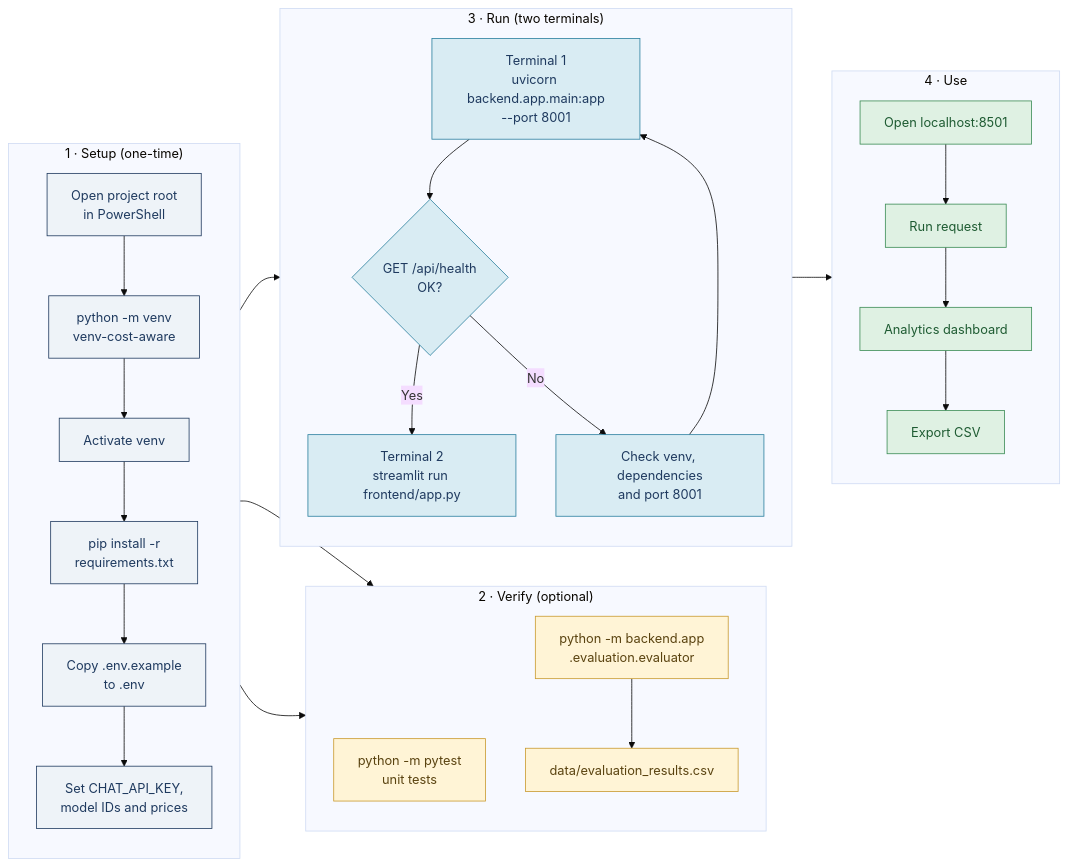
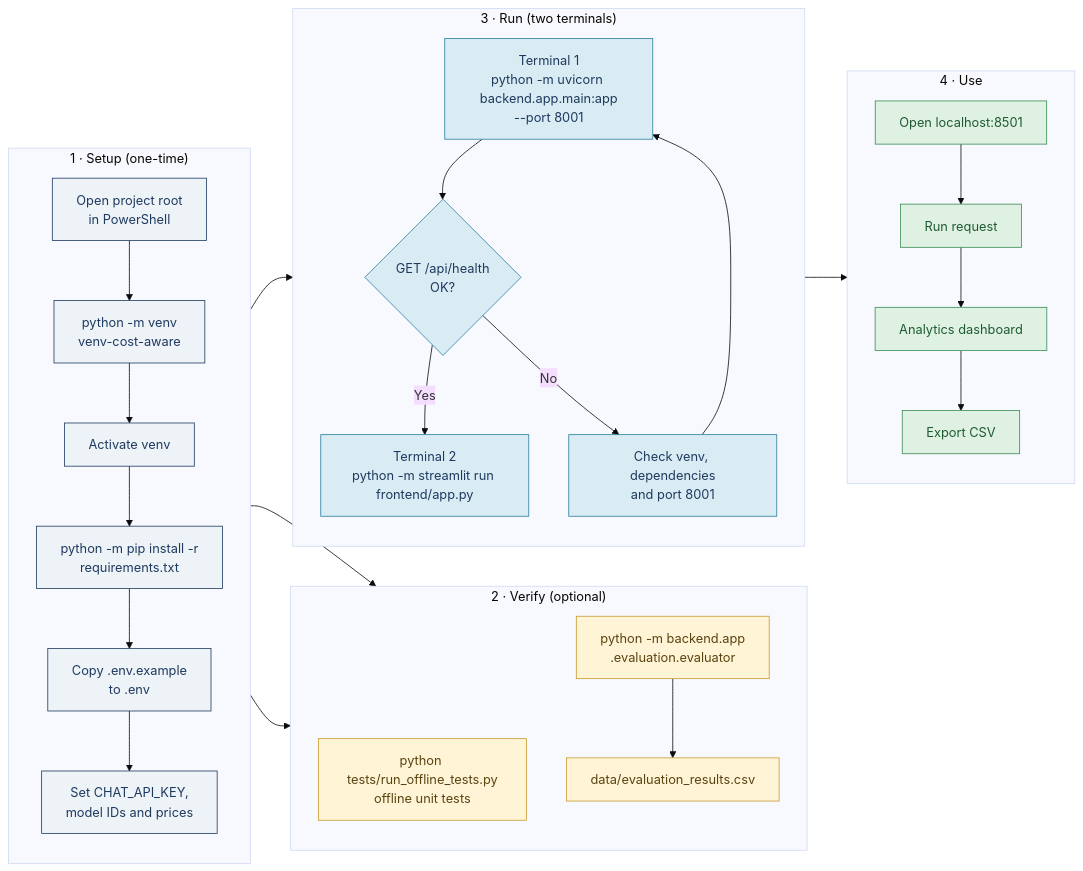
Before and after one commit to Neeleshsingh30/cost-aware-model-router: the fifth of 5 diagrams in README.md, drawn with Mermaid (base theme). The commit also changed other lines of this file, not shown here.

````diff
--- a/README.md
+++ b/README.md
@@ -297,47 +304,47 @@
 ```mermaid
 flowchart LR
     subgraph S1["1 · Setup (one-time)"]
         direction TB
         A["Open project root<br/>in PowerShell"] --> B["python -m venv<br/>venv-cost-aware"]
         B --> C["Activate venv"]
-        C --> D["pip install -r<br/>requirements.txt"]
+        C --> D["python -m pip install -r<br/>requirements.txt"]
         D --> E["Copy .env.example<br/>to .env"]
         E --> F["Set CHAT_API_KEY,<br/>model IDs and prices"]
     end
 
     subgraph S2["2 · Verify (optional)"]
         direction TB
-        G["python -m pytest<br/>unit tests"]
+        G["python tests/run_offline_tests.py<br/>offline unit tests"]
         H["python -m backend.app<br/>.evaluation.evaluator"]
         H --> I["data/evaluation_results.csv"]
     end
 
     subgraph S3["3 · Run (two terminals)"]
         direction TB
-        J["Terminal 1<br/>uvicorn backend.app.main:app<br/>--port 8001"] --> K{"GET /api/health<br/>OK?"}
-        K -->|"Yes"| L["Terminal 2<br/>streamlit run frontend/app.py"]
+        J["Terminal 1<br/>python -m uvicorn backend.app.main:app<br/>--port 8001"] --> K{"GET /api/health<br/>OK?"}
+        K -->|"Yes"| L["Terminal 2<br/>python -m streamlit run frontend/app.py"]
         K -->|"No"| M["Check venv, dependencies<br/>and port 8001"]
         M --> J
     end
 
     subgraph S4["4 · Use"]
         direction TB
         N["Open localhost:8501"] --> O["Run request"]
         O --> P["Analytics dashboard"]
         P --> Q["Export CSV"]
     end
 
     F --> G
     F --> H
     F --> J
     L --> N
 
     classDef setup fill:#EEF3F8,stroke:#1F3A5F,color:#1F3A5F;
     classDef verify fill:#FFF4D6,stroke:#C99A2E,color:#5A4310;
     classDef run fill:#D9ECF3,stroke:#2A7F9E,color:#1F3A5F;
     classDef use fill:#DFF1E3,stroke:#3B8C55,color:#1E5B32;
     class A,B,C,D,E,F setup;
     class G,H,I verify;
     class J,K,L,M run;
     class N,O,P,Q use;
 ```
````
